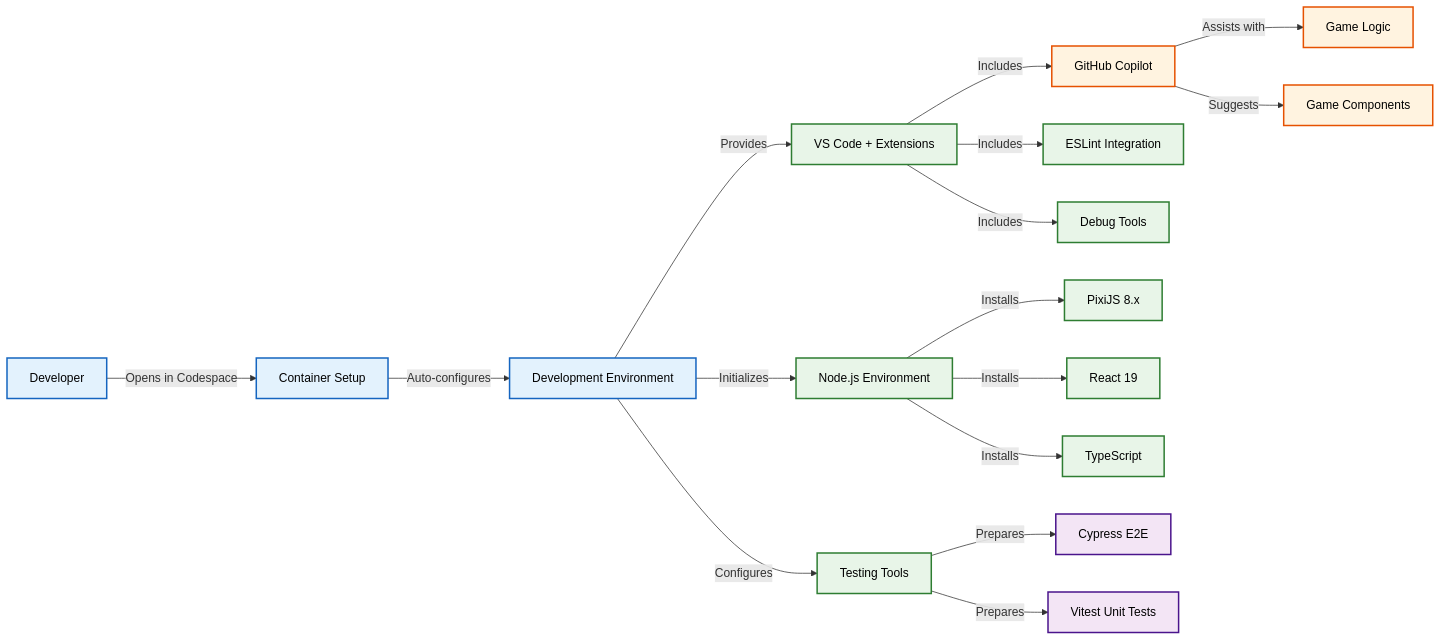
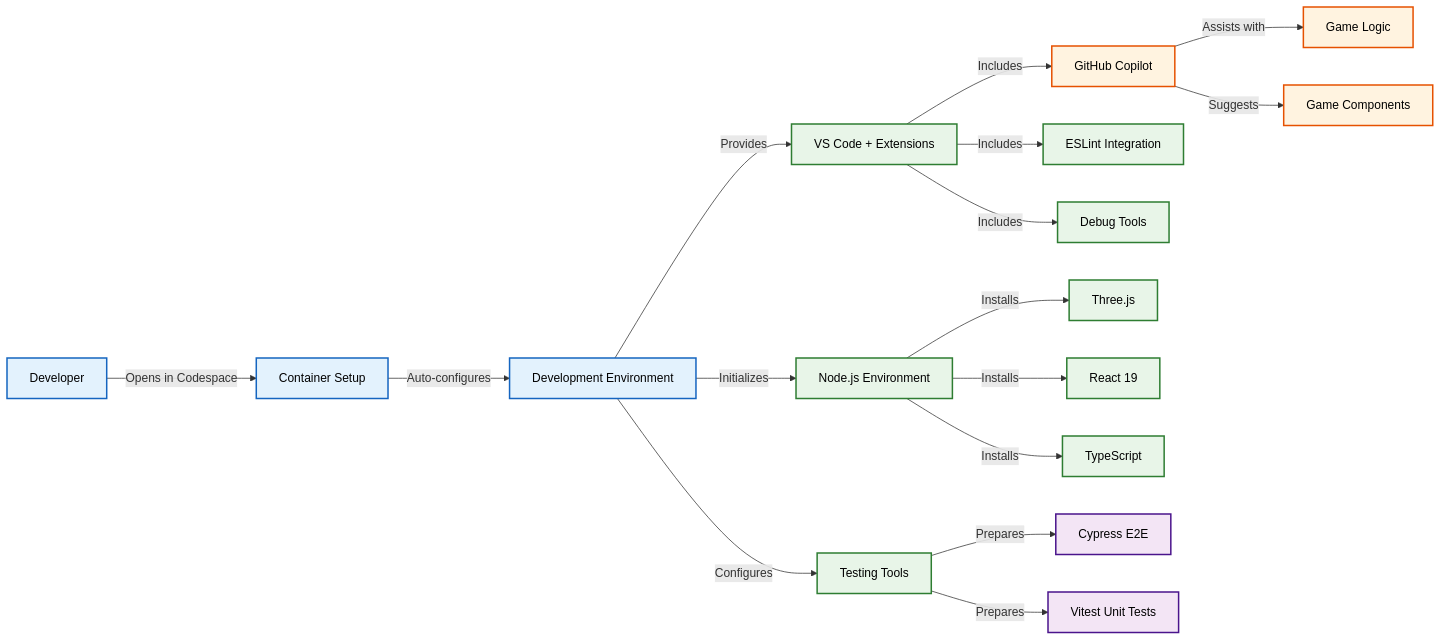
Before and after one commit to Hack23/blacktrigram: the first of 7 diagrams in development.md, drawn with Mermaid. The commit also changed 7 other files, not shown here.

Commit message:
docs: Remove outdated PixiJS/2D references, update to Three.js 3D

````diff
--- a/development.md
+++ b/development.md
@@ -86,34 +86,34 @@
 ```mermaid
 graph LR
     A[Developer] -->|Opens in Codespace| B[Container Setup]
     B -->|Auto-configures| C[Development Environment]
     C -->|Provides| D[VS Code + Extensions]
     C -->|Initializes| E[Node.js Environment]
     C -->|Configures| F[Testing Tools]
 
     D -->|Includes| G[GitHub Copilot]
     D -->|Includes| H[ESLint Integration]
     D -->|Includes| I[Debug Tools]
 
-    E -->|Installs| J[PixiJS 8.x]
+    E -->|Installs| J[Three.js]
     E -->|Installs| K[React 19]
     E -->|Installs| L[TypeScript]
 
     F -->|Prepares| M[Cypress E2E]
     F -->|Prepares| N[Vitest Unit Tests]
 
     G -->|Assists with| O[Game Logic]
     G -->|Suggests| P[Game Components]
 
     classDef primary fill:#e3f2fd,stroke:#1565c0,stroke-width:2px,color:#000
     classDef tools fill:#e8f5e8,stroke:#2e7d32,stroke-width:2px,color:#000
     classDef ai fill:#fff3e0,stroke:#e65100,stroke-width:2px,color:#000
     classDef testing fill:#f3e5f5,stroke:#4a148c,stroke-width:2px,color:#000
 
     class A,B,C primary
     class D,E,F tools
     class G,O,P ai
     class M,N testing
     class J,K,L tools
     class H,I tools
 ```
````
